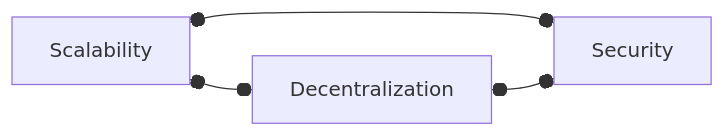
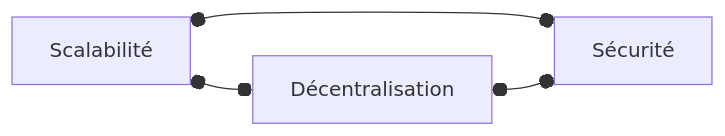
One commit to rene78/BitcoinMythBusters changed the second of 2 diagrams in fr/README.md. Above: the diagram before and after it, drawn with Mermaid. The commit also changed other lines of this file, not shown here.

````diff
--- a/fr/README.md
+++ b/fr/README.md
@@ -202,5 +202,5 @@
   ```mermaid
   flowchart LR
-    Scalability o--o Decentralization & Security;
-    Decentralization o--o Security;
+    Scalabilité o--o Décentralisation & Sécurité;
+    Décentralisation o--o Sécurité;
   ```
````
